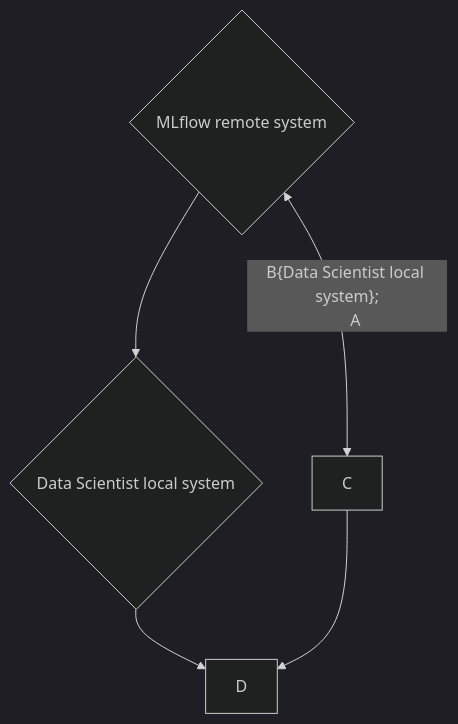
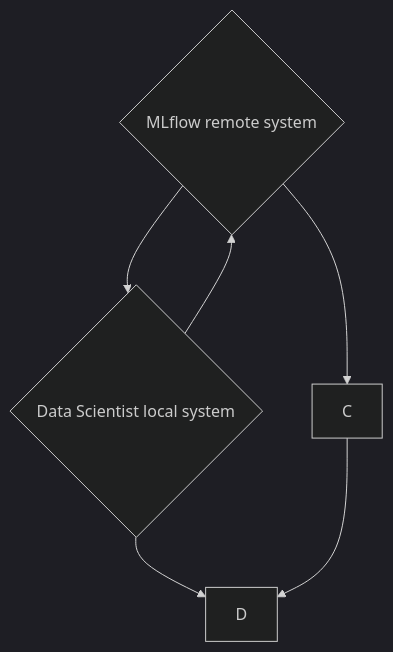
The diagram in README.md (lukhha/Pio-NER), drawn with Mermaid (dark theme) before and after one commit.

````diff
--- a/README.md
+++ b/README.md
@@ -23,8 +23,8 @@
 ```mermaid
 graph TD;
     A{MLflow remote system}-->B{Data Scientist local system};
-    A{MLflow remote system}<--B{Data Scientist local system};
+    B-->A;
     A-->C;
     B-->D;
     C-->D;
 ```
````
